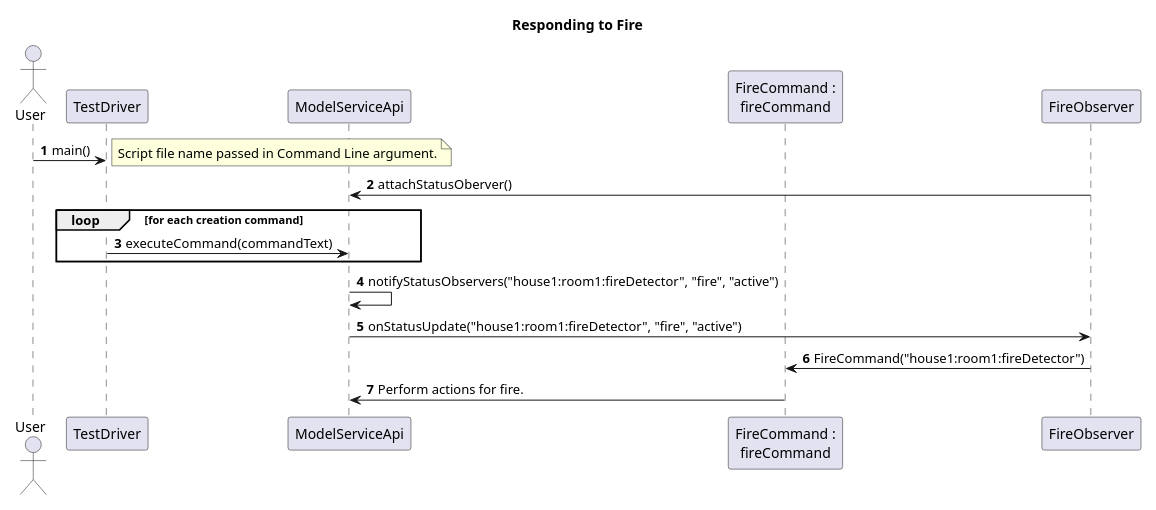
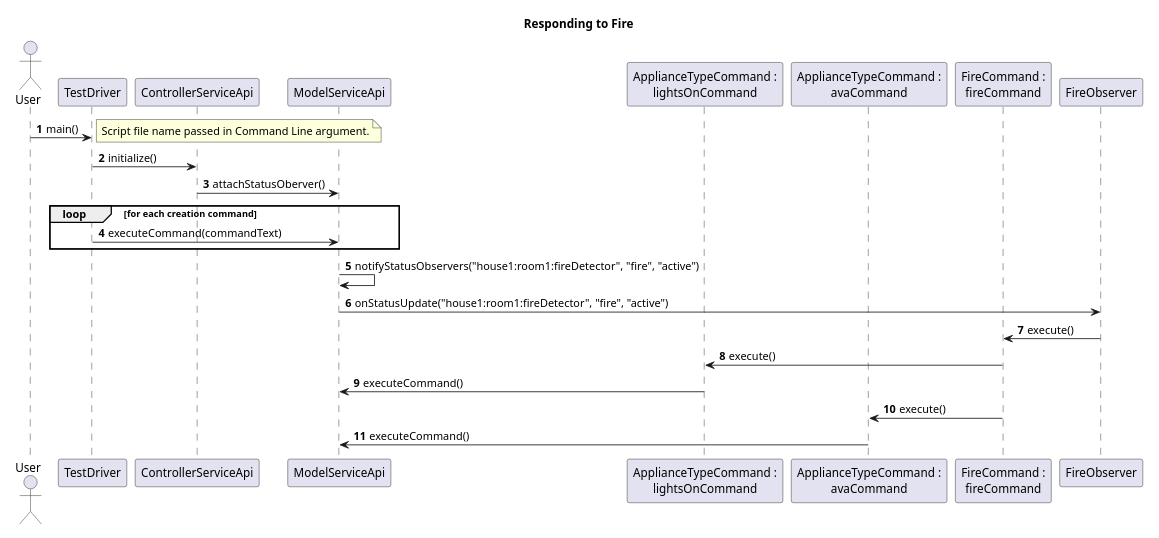
One commit to erikorlowski/cscie97 changed the fourth of 4 diagrams in cscie97/asn3/design.md. Above: the diagram before and after it, drawn with PlantUML. The commit also changed other lines of this file and 9 other files, not shown here.

````diff
--- a/cscie97/asn3/design.md
+++ b/cscie97/asn3/design.md
@@ -493,27 +461,34 @@
 ```plantuml
 @startuml
 title Responding to Fire
 
 autonumber
 scale max 800 width
 
 actor User
 participant TestDriver
+participant ControllerServiceApi
 participant ModelServiceApi
+participant "ApplianceTypeCommand :\nlightsOnCommand" as LightsCmd
+participant "ApplianceTypeCommand :\navaCommand" as AvaCmd
 participant "FireCommand :\nfireCommand" as FireCommand
 
 User -> TestDriver : main()
 note right
     Script file name passed in Command Line argument.
 end note
-FireObserver -> ModelServiceApi : attachStatusOberver()
+TestDriver -> ControllerServiceApi : initialize()
+ControllerServiceApi -> ModelServiceApi : attachStatusOberver()
 loop for each creation command
     TestDriver -> ModelServiceApi : executeCommand(commandText)
 end
 ModelServiceApi -> ModelServiceApi : notifyStatusObservers("house1:room1:fireDetector", "fire", "active")
 ModelServiceApi -> FireObserver : onStatusUpdate("house1:room1:fireDetector", "fire", "active")
-FireObserver -> FireCommand : FireCommand("house1:room1:fireDetector")
-FireCommand -> ModelServiceApi : Perform actions for fire.
+FireObserver -> FireCommand : execute()
+FireCommand -> LightsCmd : execute()
+LightsCmd -> ModelServiceApi : executeCommand()
+FireCommand -> AvaCmd : execute()
+AvaCmd -> ModelServiceApi : executeCommand()
 
 @enduml
 ```
````
